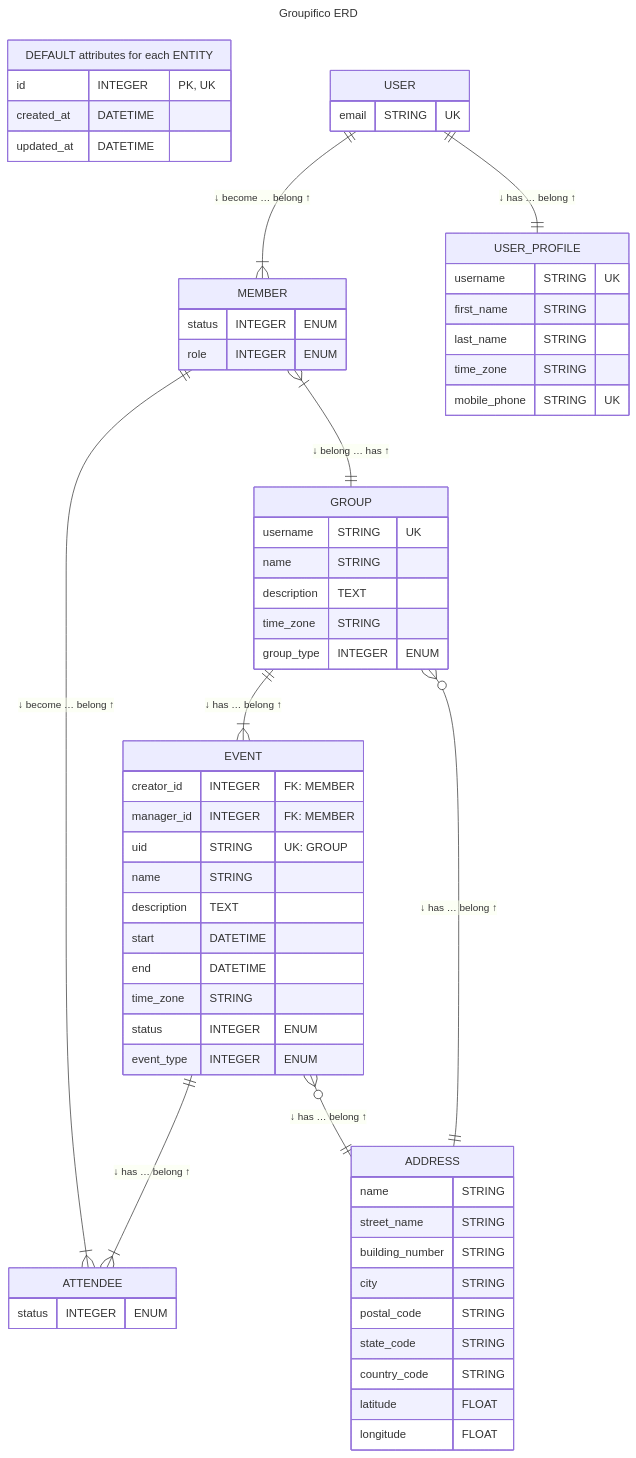
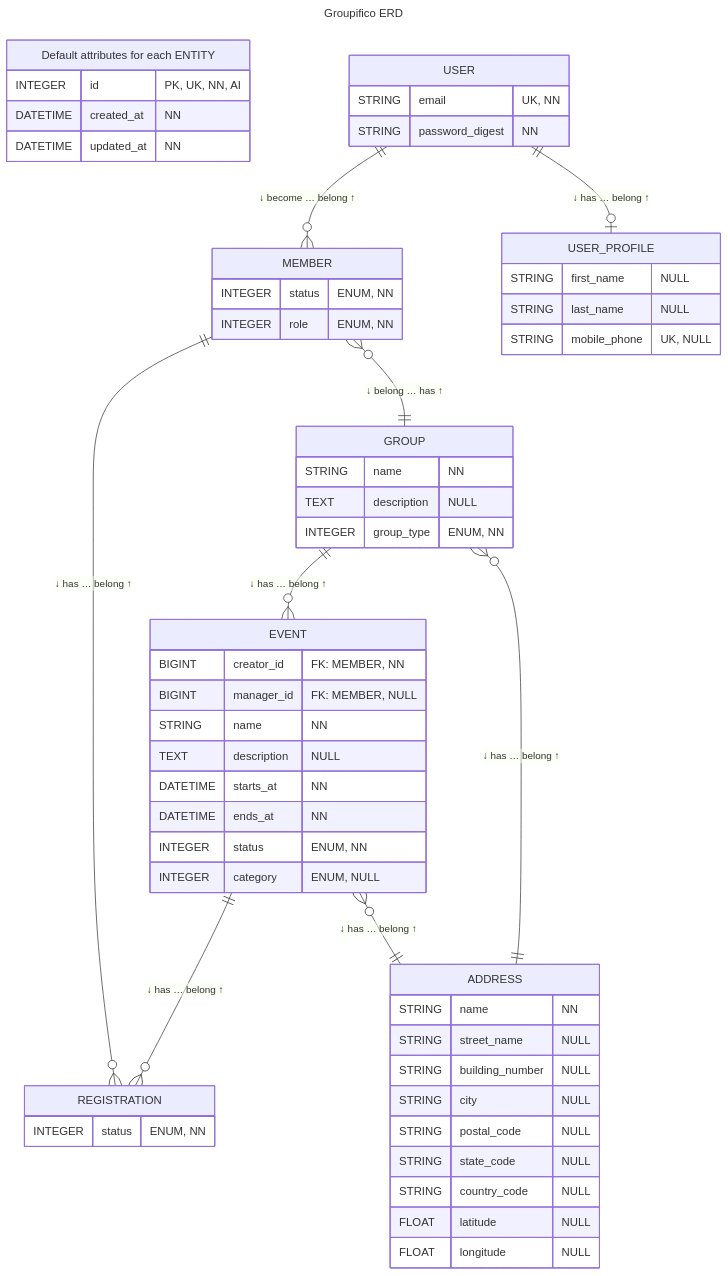
The diagram in README.md (izkreny/groupifico), drawn with Mermaid before and after one commit. The commit also changed other lines of this file and 4 other files, not shown here.

First line of the commit message:
docs: consolidate the schema docs into the readme erd (#82)

````diff
--- a/README.md
+++ b/README.md
@@ -70,81 +84,113 @@
 title: Groupifico ERD
 # IMPORTANT!
 # - Official syntax for entity attributes is: `type name key "comment"`
-# - Syntax for entity attributes used below: `name TYPE "key + comment"`
+# - Syntax for entity attributes used below: `type name "key, comment"`
 ---
-
 
 erDiagram
   direction TB
+
   %% DEFAULT ATTRIBUTES
-  "DEFAULT attributes for each ENTITY" {
-    id         INTEGER  "PK, UK"
-    created_at DATETIME
-    updated_at DATETIME
+  "Default attributes for each ENTITY" {
+    INTEGER  id         "PK, UK, NN, AI"
+    DATETIME created_at "NN"
+    DATETIME updated_at "NN"
   }
 
   %% RELATIONSHIPS
-  USER   1  to 1+ MEMBER       : "↓ become … belong ↑"
-  USER   1  to 1  USER_PROFILE : "↓ has    … belong ↑"
-  MEMBER 1+ to 1  GROUP        : "↓ belong … has ↑"
-  GROUP  1  to 1+ EVENT        : "↓ has    … belong ↑"
-  EVENT  1  to 1+ ATTENDEE     : "↓ has    … belong ↑"
-  MEMBER 1  to 1+ ATTENDEE     : "↓ become … belong ↑"
-  GROUP  0+ to 1  ADDRESS      : "↓ has    … belong ↑"
-  EVENT  0+ to 1  ADDRESS      : "↓ has    … belong ↑"
+  USER    1   to  0+           MEMBER        :  "↓ become … belong ↑"
+  USER    1   to  zero or one  USER_PROFILE  :  "↓ has    … belong ↑"
+  MEMBER  0+  to  1            GROUP         :  "↓ belong … has ↑"
+  GROUP   1   to  0+           EVENT         :  "↓ has    … belong ↑"
+  EVENT   1   to  0+           REGISTRATION  :  "↓ has    … belong ↑"
+  MEMBER  1   to  0+           REGISTRATION  :  "↓ has    … belong ↑"
+  GROUP   0+  to  1            ADDRESS       :  "↓ has    … belong ↑"
+  EVENT   0+  to  1            ADDRESS       :  "↓ has    … belong ↑"
 
   %% ENTITIES
+
+  %% UNIQUE INDEX (email)
+  %% FK: user_profiles and members reference users, ON DELETE CASCADE, ON UPDATE CASCADE
+  %% FK: sessions references users with no options, so NO ACTION; has_many dependent: :destroy cleans them up
   USER {
-    email STRING "UK"
+    %% email limit: 250 chars. Normalised to stripped lowercase, uniqueness validated case-insensitively
+    STRING email           "UK, NN"
+    %% password_digest holds the bcrypt hash from has_secure_password. No limit declared
+    STRING password_digest "NN"
   }
 
+  %% UNIQUE INDEX (user_id), UNIQUE INDEX (mobile_phone)
+  %% FK: user_id references users, ON DELETE CASCADE, ON UPDATE CASCADE
   USER_PROFILE {
-    username     STRING "UK"
-    first_name   STRING
-    last_name    STRING
-    time_zone    STRING
-    mobile_phone STRING "UK"
+    %% first_name limit: 250 chars
+    STRING first_name   "NULL"
+    %% last_name limit: 250 chars
+    STRING last_name    "NULL"
+    %% mobile_phone limit: 50 chars
+    STRING mobile_phone "UK, NULL"
   }
 
+  %% FK: address_id references addresses, ON DELETE RESTRICT, ON UPDATE CASCADE
   GROUP {
-    username    STRING "UK"
-    name        STRING
-    description TEXT
-    time_zone   STRING
-    group_type  INTEGER "ENUM"
+    %% name limit: 250 chars
+    STRING  name        "NN"
+    %% description limit: 100000 bytes at the column, validated at 25000 chars in the model
+    TEXT    description "NULL"
+    %% ENUM group_type options: general | choir | band. Default: choir
+    INTEGER group_type  "ENUM, NN"
   }
 
+  %% UNIQUE INDEX (user_id, group_id): a User cannot become a Member of the same Group twice
+  %% FK: user_id and group_id both ON DELETE CASCADE, ON UPDATE CASCADE
   MEMBER {
-    status INTEGER "ENUM"
-    role   INTEGER "ENUM"
+    %% ENUM status options: active | paused | inactive. Default: active
+    INTEGER status "ENUM, NN"
+    %% ENUM role options: owner | member | admin | manager. Default: member
+    INTEGER role   "ENUM, NN"
   }
 
+  %% FK: group_id ON DELETE CASCADE, address_id ON DELETE RESTRICT, both ON UPDATE CASCADE
+  %% FK: creator_id and manager_id have no database constraint, they are Active Record associations only
   EVENT {
-    creator_id  INTEGER "FK: MEMBER"
-    manager_id  INTEGER "FK: MEMBER"
-    uid         STRING "UK: GROUP"
-    name        STRING
-    description TEXT
-    start       DATETIME
-    end         DATETIME
-    time_zone   STRING
-    status      INTEGER "ENUM"
-    event_type  INTEGER "ENUM"
+    BIGINT   creator_id  "FK: MEMBER, NN"
+    BIGINT   manager_id  "FK: MEMBER, NULL"
+    %% name limit: 250 chars
+    STRING   name        "NN"
+    %% description limit: 100000 bytes at the column, validated at 25000 chars in the model
+    TEXT     description "NULL"
+    DATETIME starts_at   "NN"
+    %% ends_at is validated greater_than starts_at
+    DATETIME ends_at     "NN"
+    %% ENUM status options: unconfirmed | confirmed | concluded | canceled. Default: unconfirmed
+    INTEGER  status      "ENUM, NN"
+    %% ENUM category options: other | rehearsal | gig. Default: other
+    INTEGER  category    "ENUM, NULL"
   }
 
-  ATTENDEE {
-    status INTEGER "ENUM"
+  %% UNIQUE INDEX (member_id, event_id): a Member cannot register for the same Event twice
+  %% FK: member_id and event_id both ON DELETE CASCADE, ON UPDATE CASCADE
+  REGISTRATION {
+    %% ENUM status options: reserved | invited | yes | maybe | no. Default: reserved
+    INTEGER status "ENUM, NN"
   }
 
+  %% Fields follow the ISO 20022 PostalAddress type
   ADDRESS {
-    name            STRING
-    street_name     STRING
-    building_number STRING
-    city            STRING
-    postal_code     STRING
-    state_code      STRING
-    country_code    STRING
-    latitude        FLOAT
-    longitude       FLOAT
+    %% name limit: 250 chars
+    STRING name            "NN"
+    %% street_name limit: 250 chars
+    STRING street_name     "NULL"
+    %% building_number limit: 250 chars
+    STRING building_number "NULL"
+    %% city limit: 250 chars
+    STRING city            "NULL"
+    %% postal_code limit: 100 chars
+    STRING postal_code     "NULL"
+    %% state_code limit: 50 chars. ISO 3166-2 code
+    STRING state_code      "NULL"
+    %% country_code limit: 5 chars. ISO 3166-1 alpha-2 code
+    STRING country_code    "NULL"
+    FLOAT  latitude        "NULL"
+    FLOAT  longitude       "NULL"
   }
 ```
````
